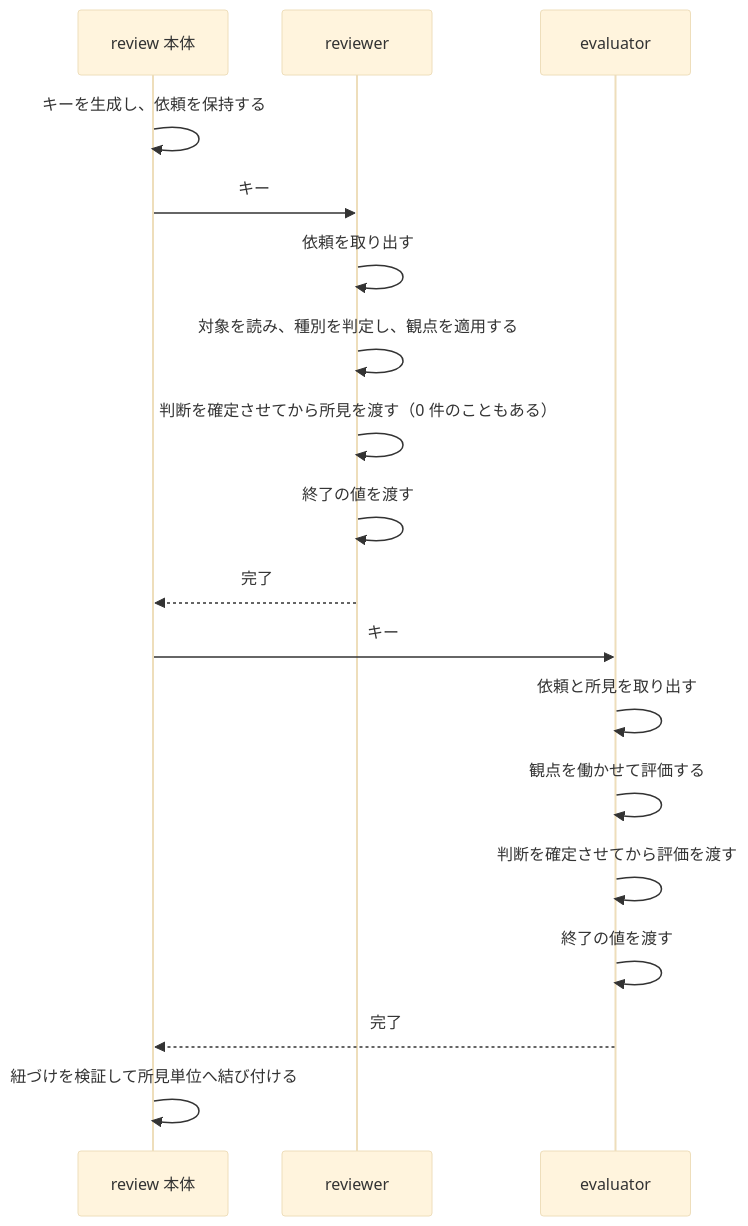
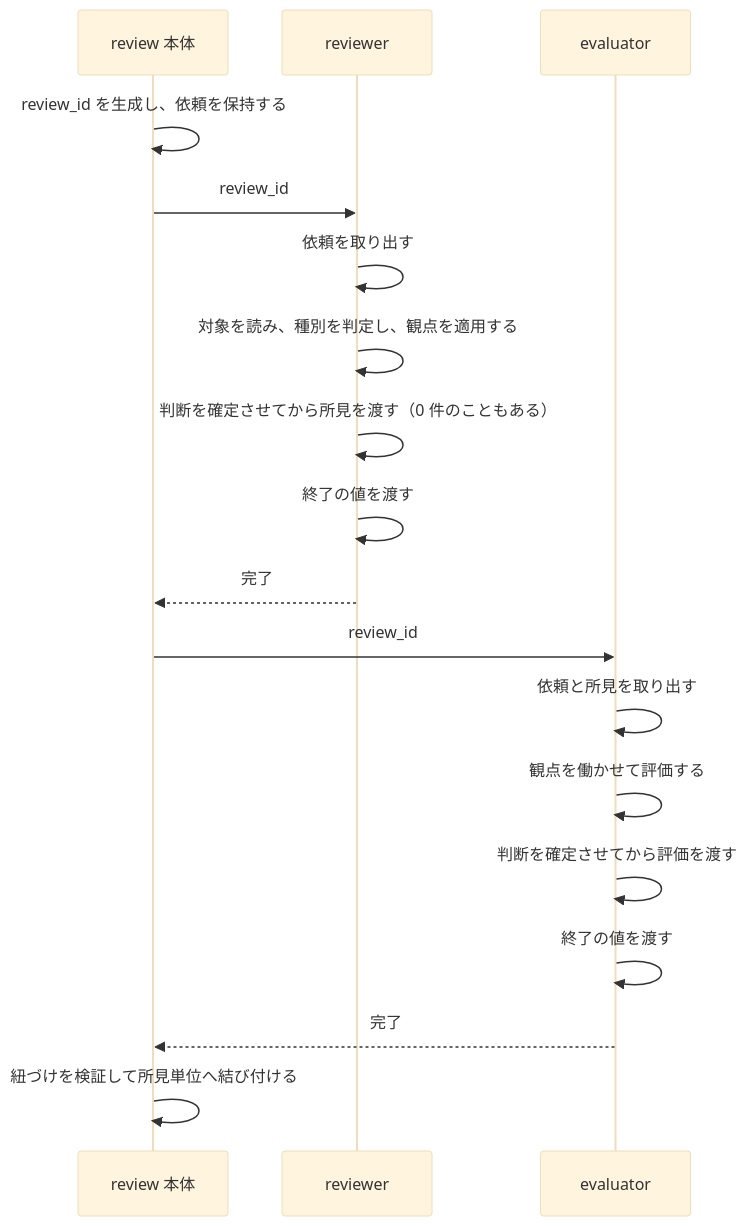
One commit to BlueEventHorizon/bw-cc-plugins changed the first of 2 diagrams in docs/specs/reviewer/design/DES-084_reviewer_design.md. Above: the diagram before and after it, drawn with Mermaid (base theme). The commit also changed other lines of this file and 3 other files, not shown here.

````diff
--- a/docs/specs/reviewer/design/DES-084_reviewer_design.md
+++ b/docs/specs/reviewer/design/DES-084_reviewer_design.md
@@ -28,21 +28,21 @@
 ```mermaid
 sequenceDiagram
     participant Body as review 本体
     participant R as reviewer
     participant E as evaluator
 
-    Body->>Body: キーを生成し、依頼を保持する
-    Body->>R: キー
+    Body->>Body: review_id を生成し、依頼を保持する
+    Body->>R: review_id
     R->>R: 依頼を取り出す
     R->>R: 対象を読み、種別を判定し、観点を適用する
     R->>R: 判断を確定させてから所見を渡す（0 件のこともある）
     R->>R: 終了の値を渡す
     R-->>Body: 完了
-    Body->>E: キー
+    Body->>E: review_id
     E->>E: 依頼と所見を取り出す
     E->>E: 観点を働かせて評価する
     E->>E: 判断を確定させてから評価を渡す
     E->>E: 終了の値を渡す
     E-->>Body: 完了
     Body->>Body: 紐づけを検証して所見単位へ結び付ける
 ```
````
